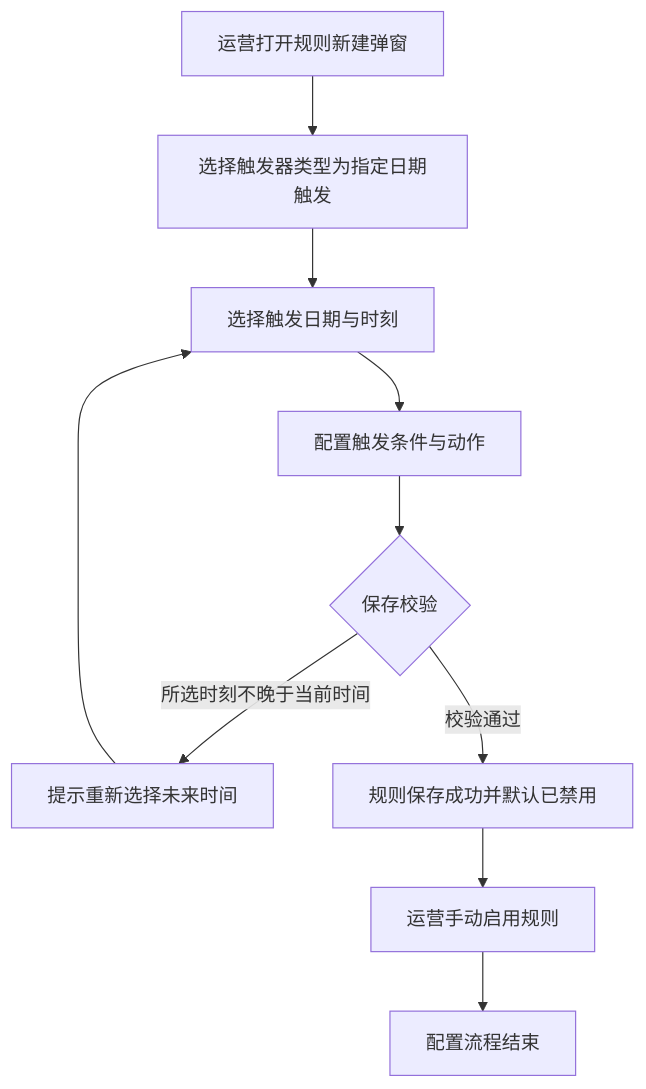
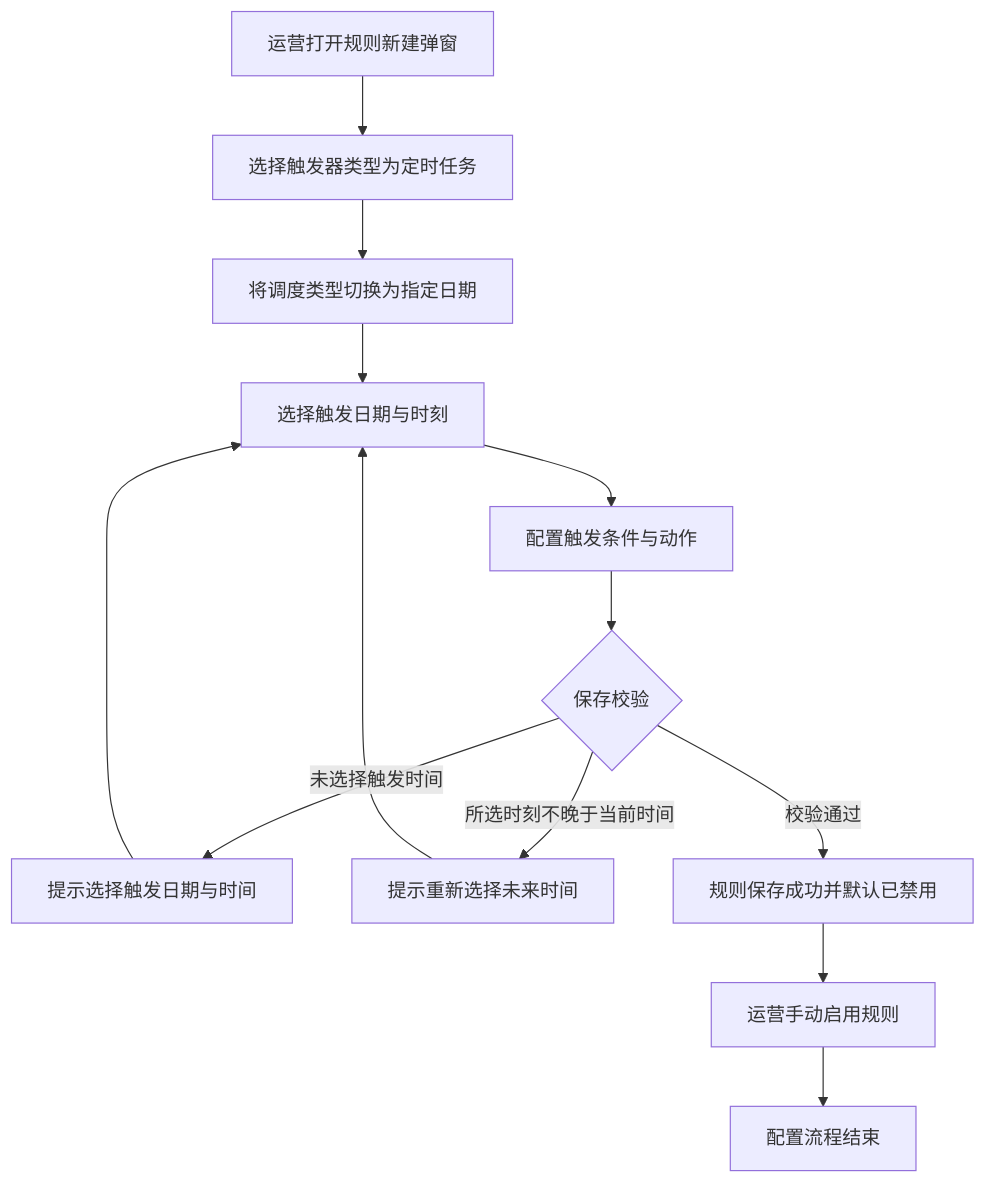
The first of 2 diagrams in 企微机器人规则引擎指定日期触发/PRD-企微机器人规则引擎指定日期触发.md (Leo-ai05/prototypes), drawn with Mermaid before and after one commit. The commit also changed other lines of this file and 15 other files, not shown here.

````diff
--- a/企微机器人规则引擎指定日期触发/PRD-企微机器人规则引擎指定日期触发.md
+++ b/企微机器人规则引擎指定日期触发/PRD-企微机器人规则引擎指定日期触发.md
@@ -42,12 +47,15 @@
 ```mermaid
 flowchart TD
-    A[运营打开规则新建弹窗] --> B[选择触发器类型为指定日期触发]
-    B --> C[选择触发日期与时刻]
-    C --> D[配置触发条件与动作]
-    D --> E{保存校验}
-    E -->|所选时刻不晚于当前时间| F[提示重新选择未来时间]
-    F --> C
-    E -->|校验通过| G[规则保存成功并默认已禁用]
-    G --> H[运营手动启用规则]
-    H --> E1[配置流程结束]
+    A[运营打开规则新建弹窗] --> B[选择触发器类型为定时任务]
+    B --> C[将调度类型切换为指定日期]
+    C --> D[选择触发日期与时刻]
+    D --> E[配置触发条件与动作]
+    E --> F{保存校验}
+    F -->|未选择触发时间| G[提示选择触发日期与时间]
+    G --> D
+    F -->|所选时刻不晚于当前时间| H[提示重新选择未来时间]
+    H --> D
+    F -->|校验通过| I[规则保存成功并默认已禁用]
+    I --> J[运营手动启用规则]
+    J --> E1[配置流程结束]
 ```
````
